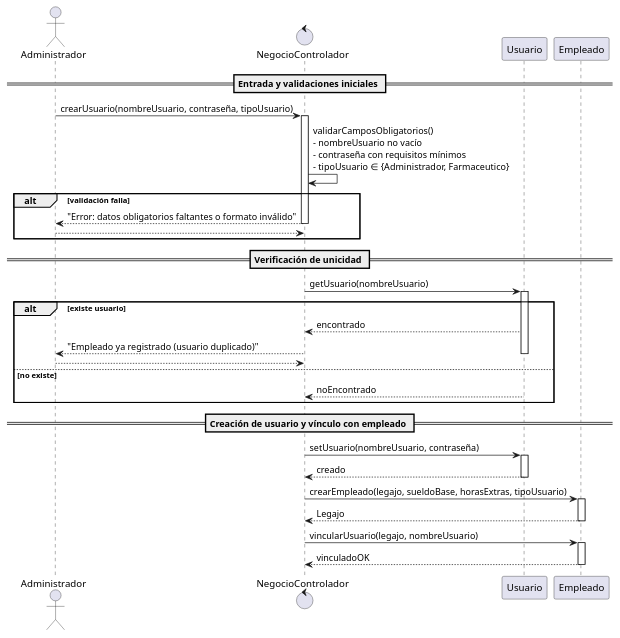
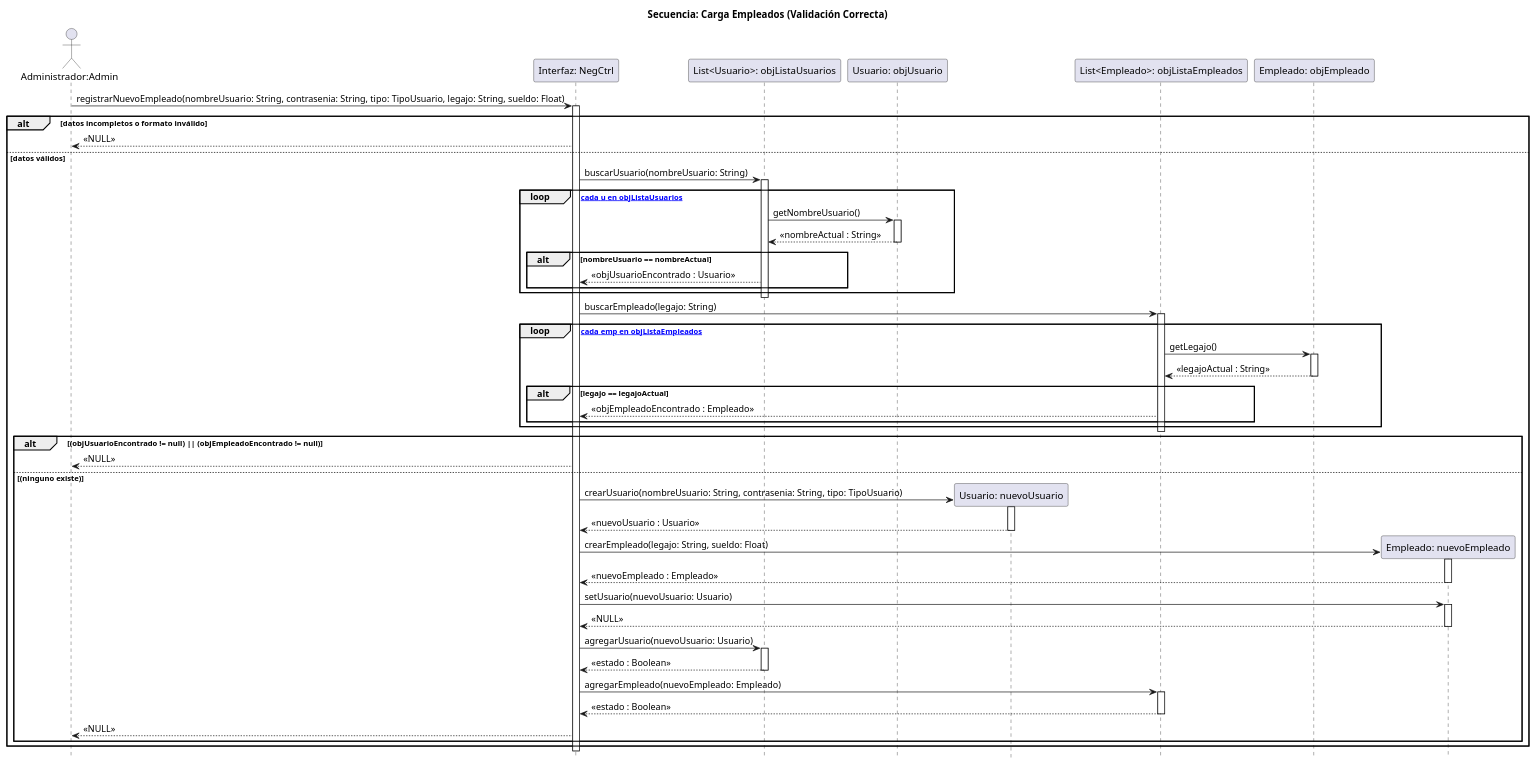
Before and after one commit to zEzequR/PF-I: the diagram in 08 - Diagramas de Secuencia de Diseño/CargaEmpleados/CargaEmpleados.puml, drawn with PlantUML. The commit also changed 34 other files, not shown here.

Commit message:
Nuevos Diagramas

```diff
--- a/08 - Diagramas de Secuencia de Diseño/CargaEmpleados/CargaEmpleados.puml
+++ b/08 - Diagramas de Secuencia de Diseño/CargaEmpleados/CargaEmpleados.puml
@@ -1,48 +1,92 @@
-@startuml Carga_Empleados
+@startuml
+title Secuencia: Carga Empleados (Validación Correcta)
 
-actor Administrador
-control NegocioControlador
-participant Usuario
-participant Empleado
+hide footbox
 
-== Entrada y validaciones iniciales ==
-Administrador -> NegocioControlador : crearUsuario(nombreUsuario, contraseña, tipoUsuario)
-activate NegocioControlador
-NegocioControlador -> NegocioControlador : validarCamposObligatorios()\n- nombreUsuario no vacío\n- contraseña con requisitos mínimos\n- tipoUsuario ∈ {Administrador, Farmaceutico}
-alt validación falla
-  NegocioControlador --> Administrador : "Error: datos obligatorios faltantes o formato inválido"
-  deactivate NegocioControlador
-  return
-end
+actor "Administrador:Admin" as admin
+participant "Interfaz: NegCtrl" as NegCtrl
 
-== Verificación de unicidad ==
-NegocioControlador -> Usuario : getUsuario(nombreUsuario)
-activate Usuario
-alt existe usuario
-  Usuario --> NegocioControlador : encontrado
-  NegocioControlador --> Administrador : "Empleado ya registrado (usuario duplicado)"
-  deactivate Usuario
-  deactivate NegocioControlador
-  return
-else no existe
-  Usuario --> NegocioControlador : noEncontrado
-end
-deactivate Usuario
+participant "List<Usuario>: objListaUsuarios" as listaUser
+participant "Usuario: objUsuario" as user
+participant "Usuario: nuevoUsuario" as newUser
 
-== Creación de usuario y vínculo con empleado ==
-NegocioControlador -> Usuario : setUsuario(nombreUsuario, contraseña)
-activate Usuario
-Usuario --> NegocioControlador : creado
-deactivate Usuario
+participant "List<Empleado>: objListaEmpleados" as listaEmp
+participant "Empleado: objEmpleado" as emp
+participant "Empleado: nuevoEmpleado" as newEmp
 
-NegocioControlador -> Empleado : crearEmpleado(legajo, sueldoBase, horasExtras, tipoUsuario)
-activate Empleado
-Empleado --> NegocioControlador : Legajo
-deactivate Empleado
 
-NegocioControlador -> Empleado : vincularUsuario(legajo, nombreUsuario)
-activate Empleado
-Empleado --> NegocioControlador : vinculadoOK
-deactivate Empleado
+admin -> NegCtrl : registrarNuevoEmpleado(nombreUsuario: String, contrasenia: String, tipo: TipoUsuario, legajo: String, sueldo: Float)
+activate NegCtrl
 
+    alt datos incompletos o formato inválido
+        NegCtrl --> admin : <<NULL>>
+    else datos válidos
+    
+        NegCtrl -> listaUser : buscarUsuario(nombreUsuario: String)
+        activate listaUser
+        
+        loop [para cada u en objListaUsuarios]
+            listaUser -> user : getNombreUsuario()
+            activate user
+            user --> listaUser : << nombreActual : String >>
+            deactivate user
+            
+            alt nombreUsuario == nombreActual
+                listaUser --> NegCtrl : << objUsuarioEncontrado : Usuario >>
+            end
+        end
+        deactivate listaUser
+
+        NegCtrl -> listaEmp : buscarEmpleado(legajo: String)
+        activate listaEmp
+        
+        loop [para cada emp en objListaEmpleados]
+            listaEmp -> emp : getLegajo()
+            activate emp
+            emp --> listaEmp : << legajoActual : String >>
+            deactivate emp
+            
+            alt legajo == legajoActual
+                listaEmp --> NegCtrl : << objEmpleadoEncontrado : Empleado >>
+            end
+        end
+        deactivate listaEmp
+
+        alt (objUsuarioEncontrado != null) || (objEmpleadoEncontrado != null)
+            
+            NegCtrl --> admin : <<NULL>>
+            
+        else (ninguno existe)
+            
+            NegCtrl -> newUser ** : crearUsuario(nombreUsuario: String, contrasenia: String, tipo: TipoUsuario)
+            activate newUser
+            newUser --> NegCtrl : << nuevoUsuario : Usuario >>
+            deactivate newUser
+
+            NegCtrl -> newEmp ** : crearEmpleado(legajo: String, sueldo: Float)
+            activate newEmp
+            newEmp --> NegCtrl : << nuevoEmpleado : Empleado >>
+            deactivate newEmp
+
+            NegCtrl -> newEmp : setUsuario(nuevoUsuario: Usuario)
+            activate newEmp
+            newEmp --> NegCtrl : <<NULL>>
+            deactivate newEmp
+
+            NegCtrl -> listaUser : agregarUsuario(nuevoUsuario: Usuario)
+            activate listaUser
+            listaUser --> NegCtrl : << estado : Boolean >>
+            deactivate listaUser
+
+            NegCtrl -> listaEmp : agregarEmpleado(nuevoEmpleado: Empleado)
+            activate listaEmp
+            listaEmp --> NegCtrl : << estado : Boolean >>
+            deactivate listaEmp
+
+            NegCtrl --> admin : <<NULL>>
+        end
+        
+    end
+
+deactivate NegCtrl
 @enduml
```
